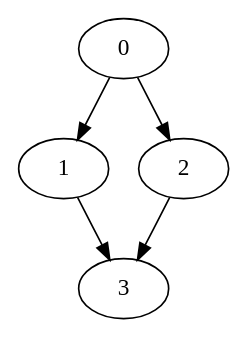
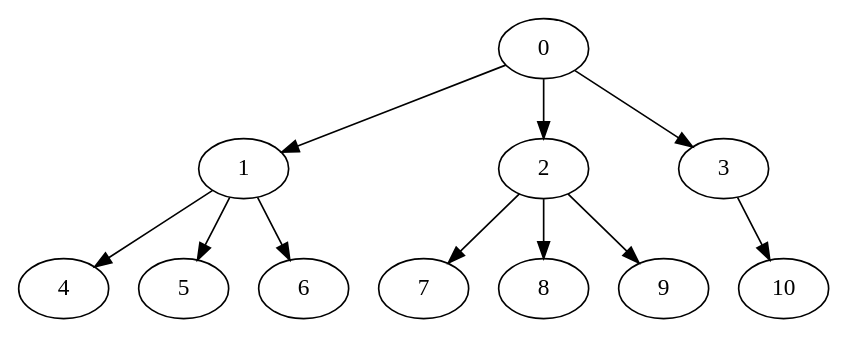
Before and after one commit to dder725/ProcessScheduler: the diagram in INPUT-output.dot, drawn with Graphviz. The commit also changed 3 other files, not shown here.

```diff
--- a/INPUT-output.dot
+++ b/INPUT-output.dot
@@ -1,11 +1,24 @@
 digraph " Output " {
-0           [Weight=2,Start=0,Processor=0];
-0 -> 1      [Weight = 2];
-0 -> 2      [Weight = 1];
-2           [Weight=3,Start=2,Processor=0];
-2 -> 3      [Weight = 1];
-1           [Weight=2,Start=4,Processor=1];
-1 -> 3      [Weight = 3];
-3           [Weight=2,Start=6,Processor=1];
+0           [Weight=50,Start=0,Processor=0];
+0 -> 1      [Weight = 9];
+0 -> 2      [Weight = 7];
+0 -> 3      [Weight = 4];
+2           [Weight=90,Start=50,Processor=0];
+2 -> 7      [Weight = 5];
+2 -> 8      [Weight = 3];
+2 -> 9      [Weight = 10];
+9           [Weight=20,Start=140,Processor=0];
+7           [Weight=80,Start=160,Processor=0];
+3           [Weight=100,Start=240,Processor=0];
+3 -> 10      [Weight = 4];
+10           [Weight=20,Start=340,Processor=0];
+1           [Weight=70,Start=59,Processor=1];
+1 -> 4      [Weight = 10];
+1 -> 5      [Weight = 7];
+1 -> 6      [Weight = 5];
+5           [Weight=20,Start=129,Processor=1];
+8           [Weight=50,Start=149,Processor=1];
+6           [Weight=100,Start=199,Processor=1];
+4           [Weight=40,Start=299,Processor=1];
 
 }
```
